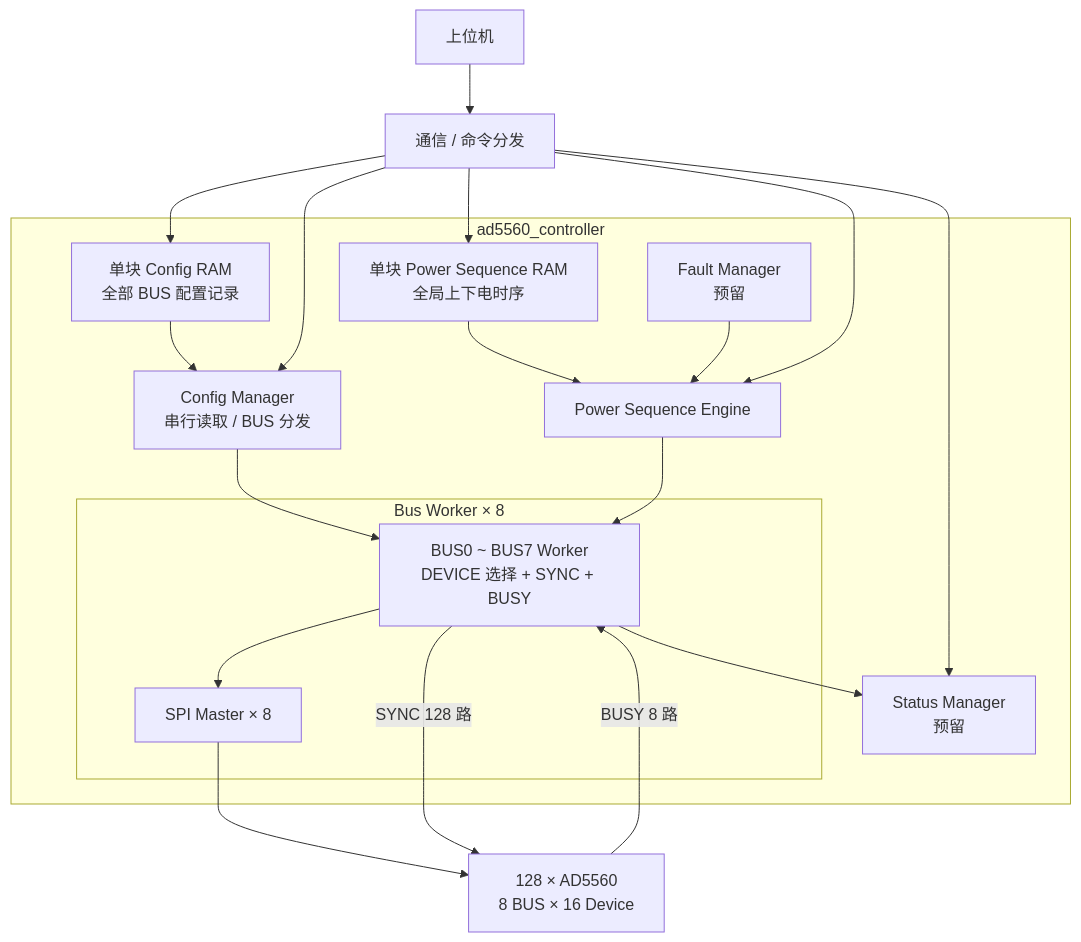
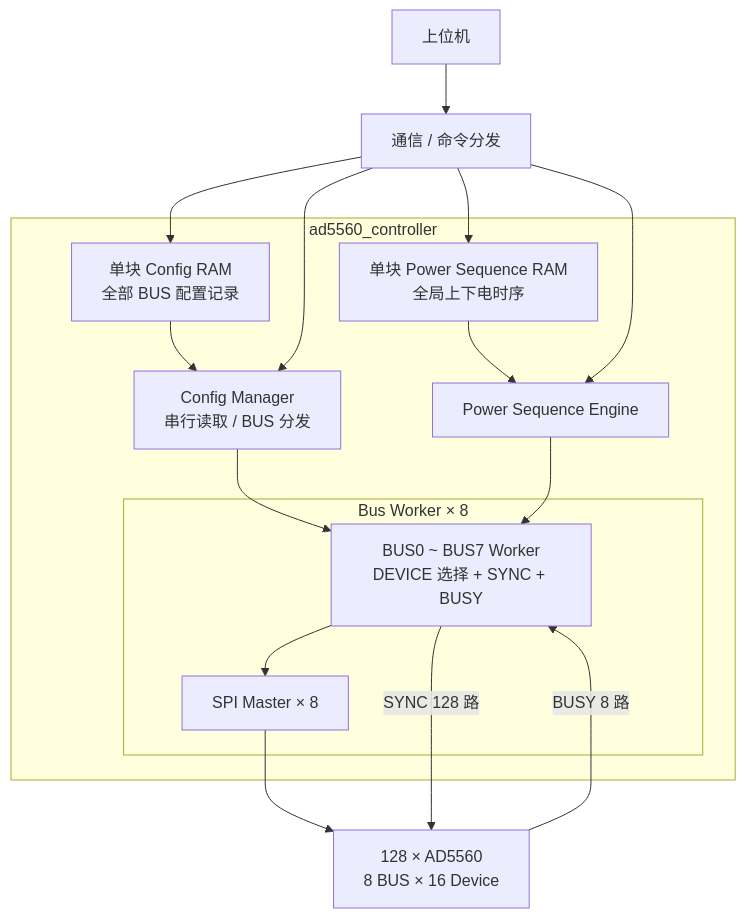
Before and after one commit to hhanghhhhh/hbm_proj: the diagram in AD5560/SYSTEM_ARCHITECTURE.md, drawn with Mermaid. The commit also changed other lines of this file, not shown here.

````diff
--- a/AD5560/SYSTEM_ARCHITECTURE.md
+++ b/AD5560/SYSTEM_ARCHITECTURE.md
@@ -126,44 +120,37 @@
 ```mermaid
 flowchart TB
     PC[上位机]
     COMM[通信 / 命令分发]
 
     subgraph CTRL[ad5560_controller]
         CRAM[单块 Config RAM\n全部 BUS 配置记录]
         CM[Config Manager\n串行读取 / BUS 分发]
 
         PSRAM[单块 Power Sequence RAM\n全局上下电时序]
         PSE[Power Sequence Engine]
 
-        FM[Fault Manager\n预留]
-        SM[Status Manager\n预留]
-
         subgraph BUS[Bus Worker × 8]
             BW[BUS0 ~ BUS7 Worker\nDEVICE 选择 + SYNC + BUSY]
             SPI[SPI Master × 8]
             BW --> SPI
         end
 
         CRAM --> CM
         CM --> BW
 
         PSRAM --> PSE
         PSE --> BW
-
-        BW --> SM
-        FM --> PSE
     end
 
     DEV[128 × AD5560\n8 BUS × 16 Device]
 
     PC --> COMM
     COMM --> CRAM
     COMM --> CM
     COMM --> PSRAM
     COMM --> PSE
-    COMM --> SM
 
     SPI --> DEV
     BW -->|SYNC 128 路| DEV
     DEV -->|BUSY 8 路| BW
 ```
````
